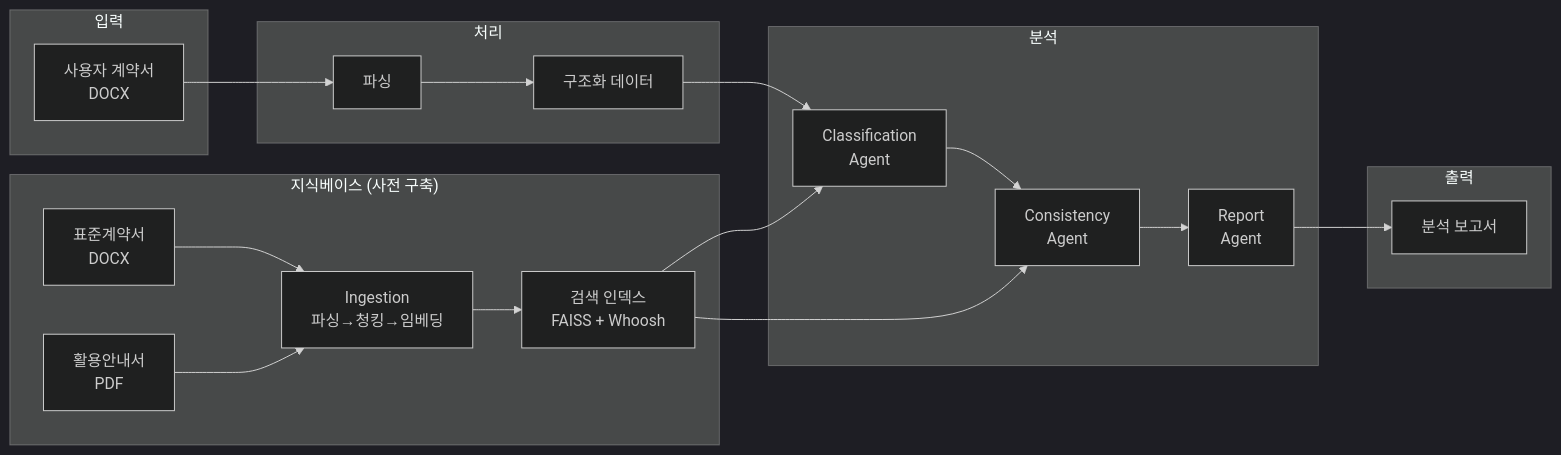
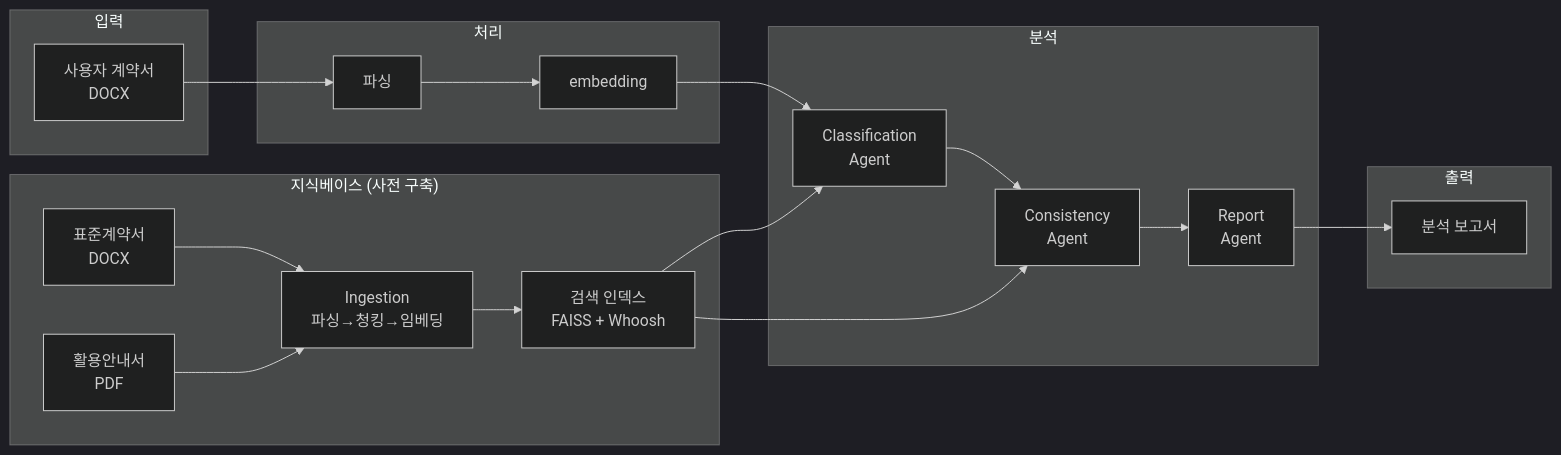
The sixth of 19 diagrams in docs/SYSTEM_ARCHITECTURE.md (wjsguddn/data-contract-project), drawn with Mermaid (dark theme) before and after one commit. The commit also changed other lines of this file, not shown here.

````diff
--- a/docs/SYSTEM_ARCHITECTURE.md
+++ b/docs/SYSTEM_ARCHITECTURE.md
@@ -389,44 +229,44 @@
 ```mermaid
 flowchart LR
     subgraph "입력"
         USER_DOC[사용자 계약서<br/>DOCX]
     end
     
     subgraph "지식베이스 (사전 구축)"
         STD_DOC[표준계약서<br/>DOCX]
         GUIDE_DOC[활용안내서<br/>PDF]
         KB_PROCESS[Ingestion<br/>파싱→청킹→임베딩]
         KB_INDEX[검색 인덱스<br/>FAISS + Whoosh]
         
         STD_DOC --> KB_PROCESS
         GUIDE_DOC --> KB_PROCESS
         KB_PROCESS --> KB_INDEX
     end
 
     subgraph "처리"
         USER_PARSE[파싱]
-        USER_JSON[구조화 데이터]
+        USER_JSON[embedding]
     end
 
     subgraph "분석"
         CLS_AGENT[Classification<br/>Agent]
         CONS_AGENT[Consistency<br/>Agent]
         RPT_AGENT[Report<br/>Agent]
     end
 
     subgraph "출력"
         RESULT[분석 보고서]
     end
 
     USER_DOC --> USER_PARSE
     USER_PARSE --> USER_JSON
     
     USER_JSON --> CLS_AGENT
     KB_INDEX --> CLS_AGENT
     
     CLS_AGENT --> CONS_AGENT
     KB_INDEX --> CONS_AGENT
     
     CONS_AGENT --> RPT_AGENT
     RPT_AGENT --> RESULT
 ```
````
